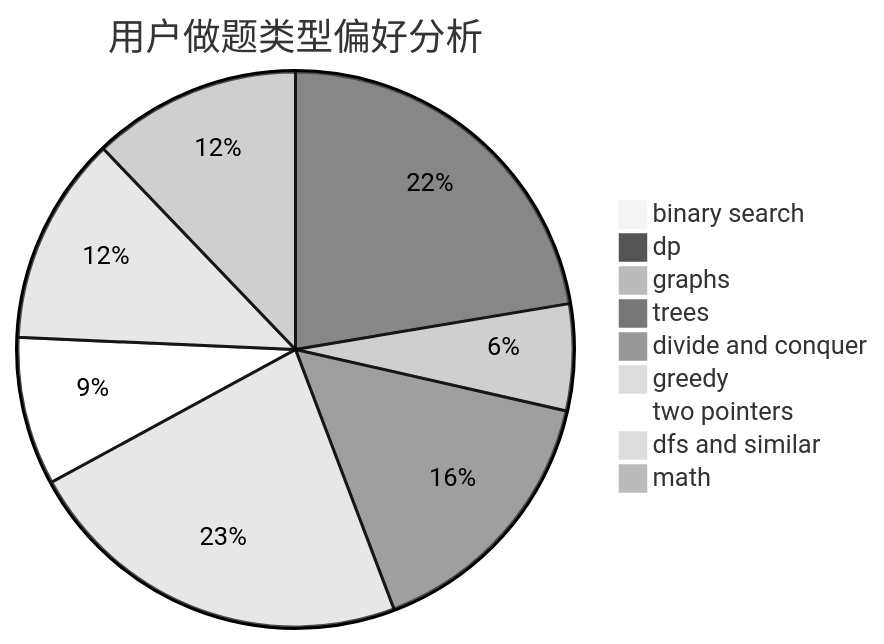
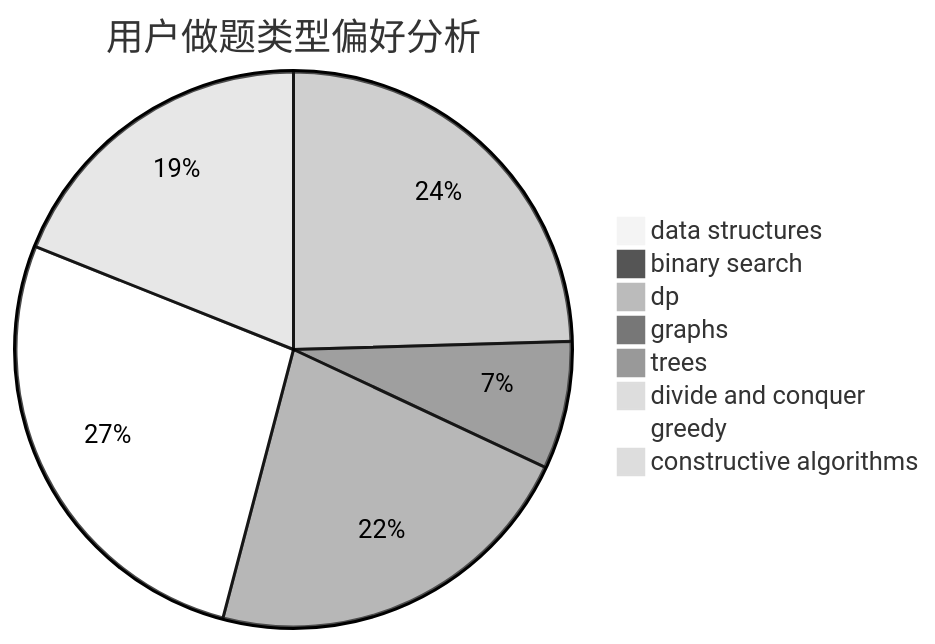
Before and after one commit to sherpahu/cfrs.github.io: the second of 3 diagrams in docs/user/u2053.md, drawn with Mermaid (neutral theme). The commit also changed other lines of this file and 2775 other files, not shown here.

````diff
--- a/docs/user/u2053.md
+++ b/docs/user/u2053.md
@@ -23,12 +23,11 @@
 ```mermaid
 pie title 用户做题类型偏好分析
-    "binary search" :  3
-    "dp" :  184
-    "graphs" :  51
-    "trees" :  129
+    "data structures" :  5
+    "binary search" :  0
+    "dp" :  132
+    "graphs" :  40
+    "trees" :  119
     "divide and conquer" :  0
-    "greedy" :  188
-    "two pointers" :  71
-    "dfs and similar" :  100
-    "math" :  100
+    "greedy" :  145
+    "constructive algorithms" :  102
 ```
````
